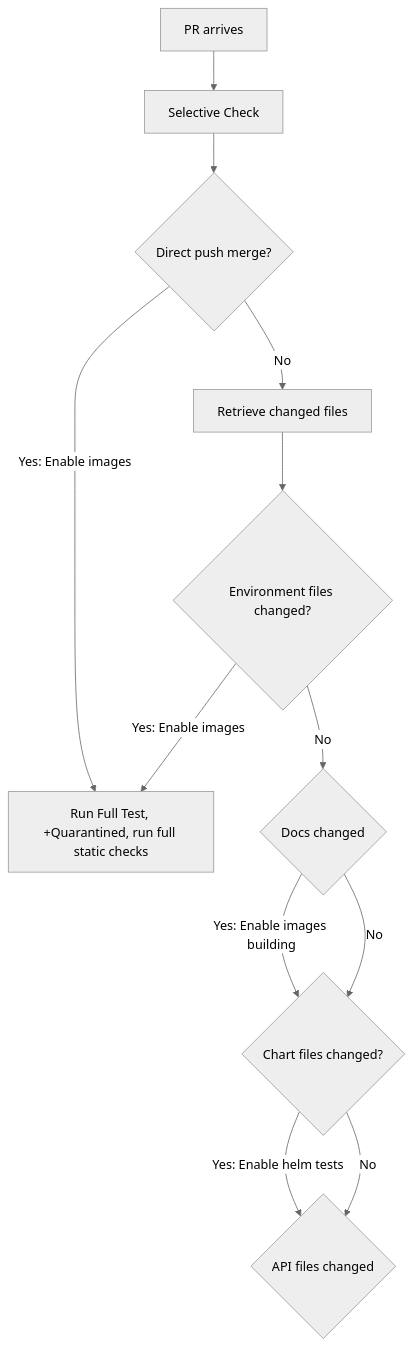
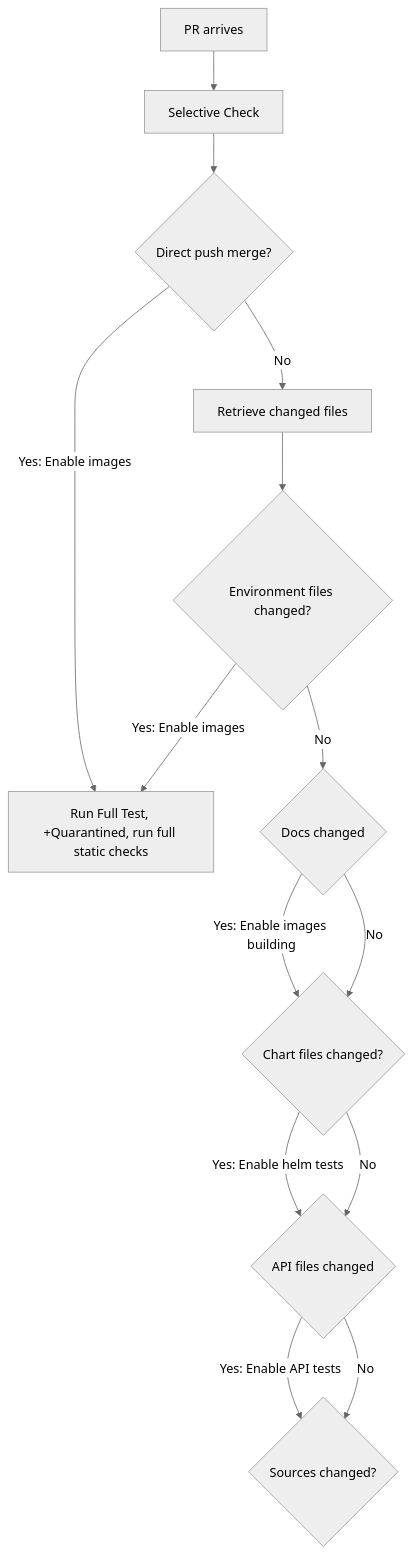
The diagram in README.md (edithturn/golang-training), drawn with Mermaid (neutral theme) before and after one commit.

Commit message:
test mermaid

````diff
--- a/README.md
+++ b/README.md
@@ -7,14 +7,16 @@
 ```mermaid
 flowchart TD
 A[PR arrives]-->B[Selective Check]
 B-->C{Direct push merge?}
 C-->|Yes: Enable images| D[Run Full Test, +Quarantined, run full static checks]
 C-->|No| E[Retrieve changed files]
 E-->F{Environment files changed?}
 F-->|Yes: Enable images| D
 F-->|No| G{Docs changed}
 G-->|Yes: Enable images building| I{Chart files changed?}
 G-->|No| I
 I-->|Yes: Enable helm tests| J{API files changed}
 I-->|No| J
+J-->|Yes: Enable API tests| H{Sources changed?}
+J-->|No| H
 ```
````
